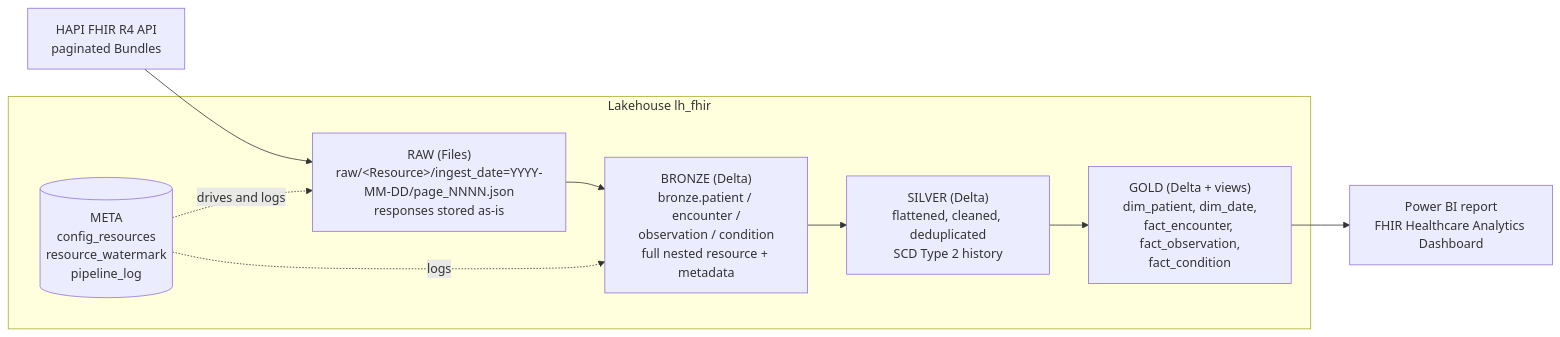
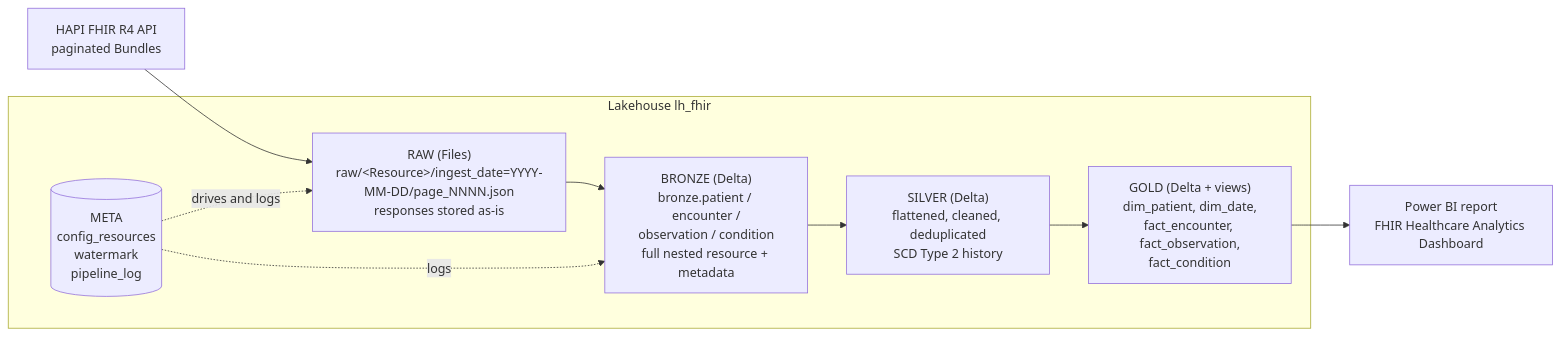
The first of 2 diagrams in README.md (raju171812-art/fhir-medallion-lakehouse), drawn with Mermaid before and after one commit. The commit also changed other lines of this file, not shown here.

Commit message:
Update README to change resource watermark terminology

````diff
--- a/README.md
+++ b/README.md
@@ -11,15 +11,15 @@
 ```mermaid
 flowchart LR
     API[HAPI FHIR R4 API<br/>paginated Bundles] --> RAW
     subgraph Lakehouse lh_fhir
         RAW["RAW (Files)<br/>raw/&lt;Resource&gt;/ingest_date=YYYY-MM-DD/page_NNNN.json<br/>responses stored as-is"]
         BRONZE["BRONZE (Delta)<br/>bronze.patient / encounter /<br/>observation / condition<br/>full nested resource + metadata"]
         SILVER["SILVER (Delta)<br/>flattened, cleaned, deduplicated<br/>SCD Type 2 history"]
         GOLD["GOLD (Delta + views)<br/>dim_patient, dim_date,<br/>fact_encounter, fact_observation,<br/>fact_condition"]
-        META[("META<br/>config_resources<br/>resource_watermark<br/>pipeline_log")]
+        META[("META<br/>config_resources<br/>watermark<br/>pipeline_log")]
     end
     RAW --> BRONZE --> SILVER --> GOLD
     META -. drives and logs .-> RAW
     META -. logs .-> BRONZE
     GOLD --> PBI[Power BI report<br/>FHIR Healthcare Analytics Dashboard]
 ```
````
